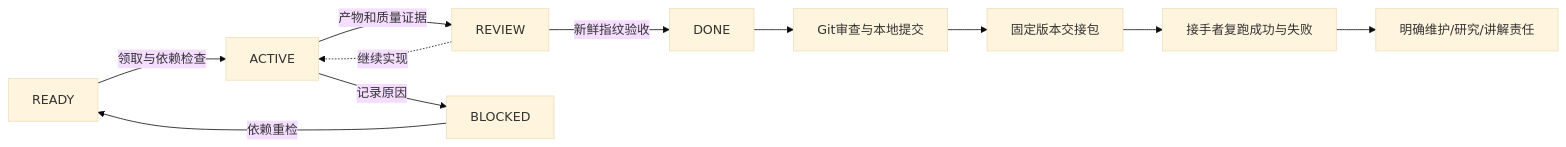
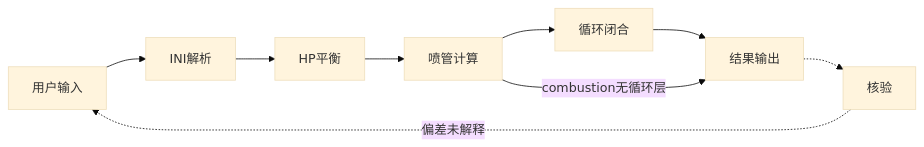
One commit to 2725238326/rocketperf-course-research changed the diagram in docs/architecture/workflow.mmd. Above: the diagram before and after it, drawn with Mermaid (base theme). The commit also changed 26 other files, not shown here.

First line of the commit message:
docs: redraw architecture and flow figures; drop rushed drafts

```diff
--- a/docs/architecture/workflow.mmd
+++ b/docs/architecture/workflow.mmd
@@ -1,11 +1,4 @@
 flowchart LR
-  R[READY] -->|领取与依赖检查| A[ACTIVE]
-  A -->|产物和质量证据| V[REVIEW]
-  V -->|新鲜指纹验收| D[DONE]
-  V -. 继续实现 .-> A
-  A -->|记录原因| B[BLOCKED]
-  B -->|依赖重检| R
-  D --> G[Git审查与本地提交]
-  G --> P[固定版本交接包]
-  P --> T[接手者复跑成功与失败]
-  T --> O[明确维护/研究/讲解责任]
+  S1[用户输入] --> S2[INI解析] --> S3[HP平衡] --> S4[喷管计算] --> S5[循环闭合] --> S6[结果输出] -.-> S7[核验]
+  S4 -->|combustion无循环层| S6
+  S7 -. 偏差未解释 .-> S1
```
